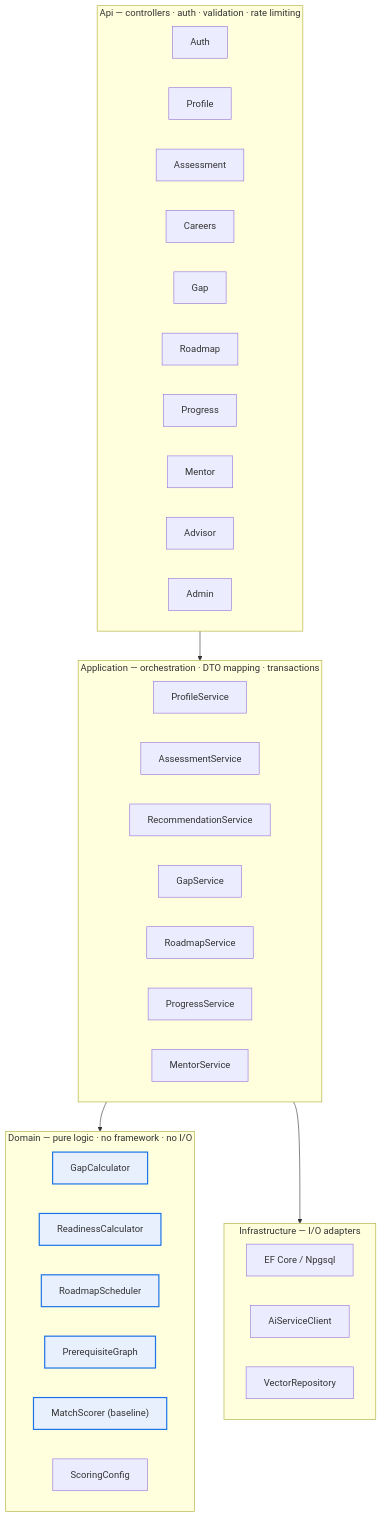
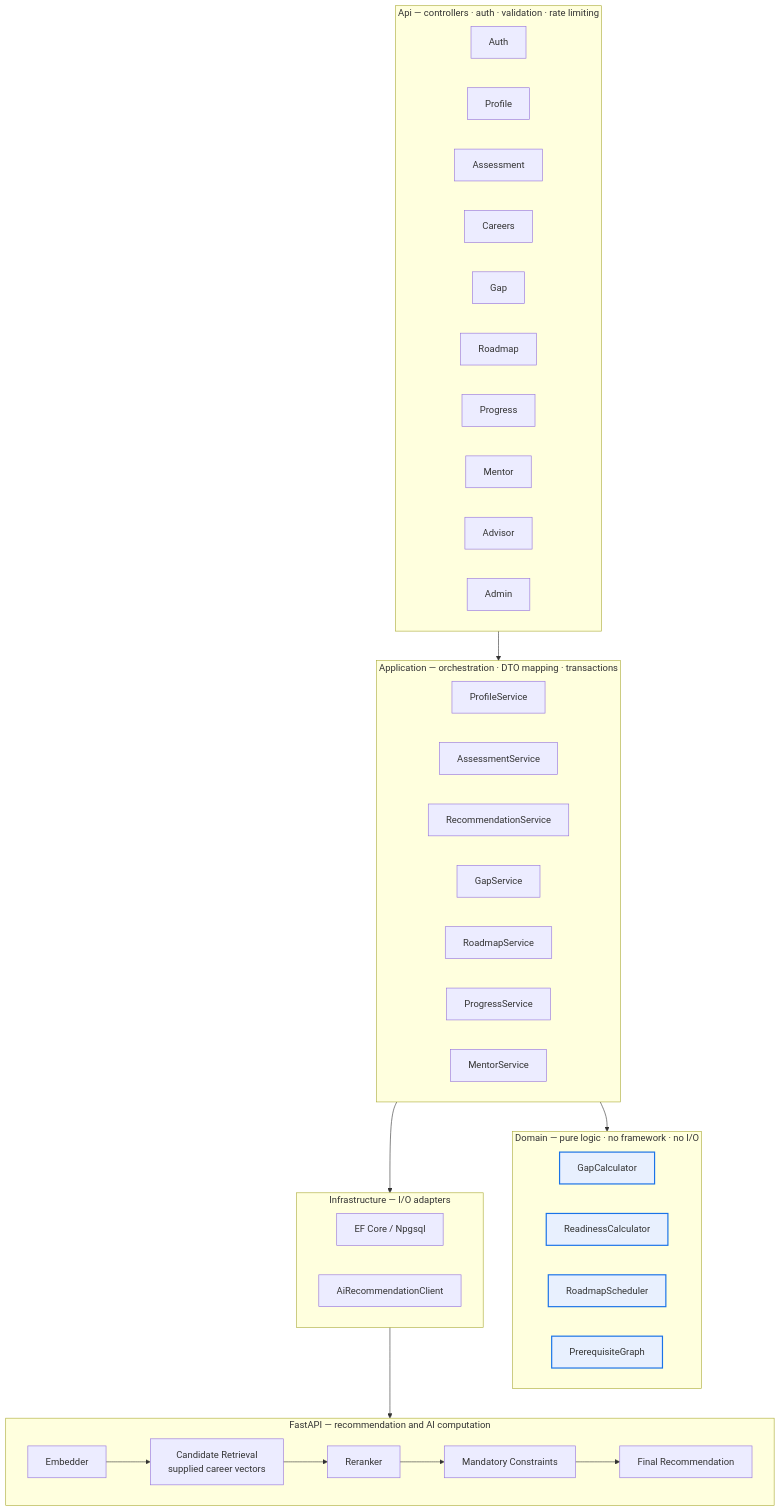
One commit to Masar-SCU/Masar changed the second of 8 diagrams in docs/03-architecture.md. Above: the diagram before and after it, drawn with Mermaid. The commit also changed other lines of this file, not shown here.

````diff
--- a/docs/03-architecture.md
+++ b/docs/03-architecture.md
@@ -80,50 +82,58 @@
 ```mermaid
 flowchart TB
     subgraph API["Api — controllers · auth · validation · rate limiting"]
         direction LR
         C1["Auth"]
         C2["Profile"]
         C3["Assessment"]
         C4["Careers"]
         C5["Gap"]
         C6["Roadmap"]
         C7["Progress"]
         C8["Mentor"]
         C9["Advisor"]
         C10["Admin"]
     end
 
     subgraph APP["Application — orchestration · DTO mapping · transactions"]
         direction LR
         S1["ProfileService"]
         S2["AssessmentService"]
         S3["RecommendationService"]
         S4["GapService"]
         S5["RoadmapService"]
         S6["ProgressService"]
         S7["MentorService"]
     end
 
     subgraph DOM["Domain — pure logic · no framework · no I/O"]
         direction LR
         D1["GapCalculator"]:::core
         D2["ReadinessCalculator"]:::core
         D3["RoadmapScheduler"]:::core
         D4["PrerequisiteGraph"]:::core
-        D5["MatchScorer (baseline)"]:::core
-        D6["ScoringConfig"]
     end
 
     subgraph INF["Infrastructure — I/O adapters"]
         direction LR
         I1["EF Core / Npgsql"]
-        I2["AiServiceClient"]
-        I3["VectorRepository"]
+        I2["AiRecommendationClient"]
+    end
+
+    subgraph AI["FastAPI — recommendation and AI computation"]
+        direction LR
+        AI1["Embedder"]
+        AI2["Candidate Retrieval<br/>supplied career vectors"]
+        AI3["Reranker"]
+        AI4["Mandatory Constraints"]
+        AI5["Final Recommendation"]
+        AI1 --> AI2 --> AI3 --> AI4 --> AI5
     end
 
     API --> APP
     APP --> DOM
     APP --> INF
+    I2 --> AI1
 
     classDef core fill:#E8F0FE,stroke:#1A73E8,stroke-width:2px
 ```
````
